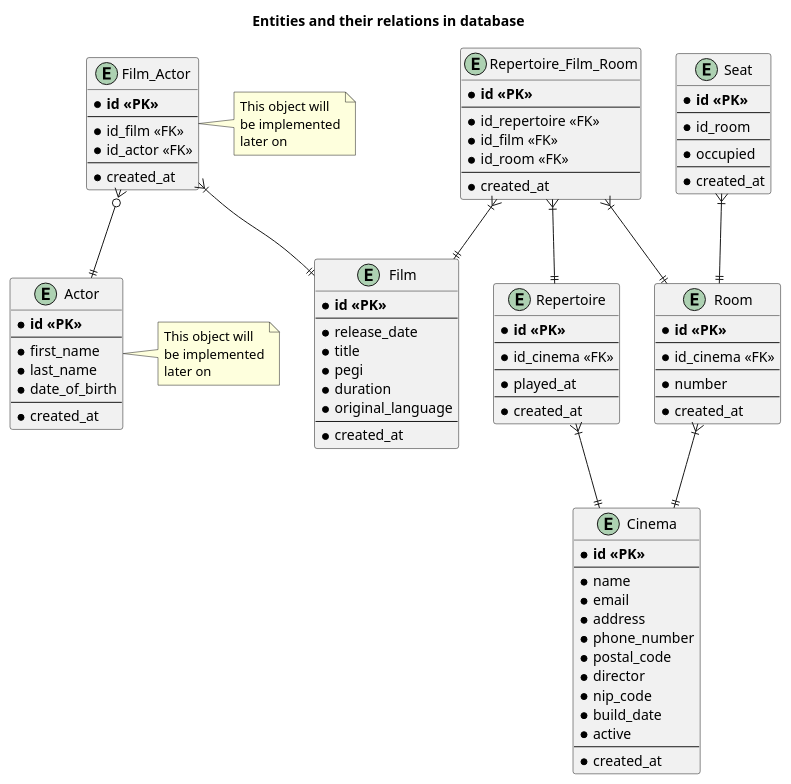
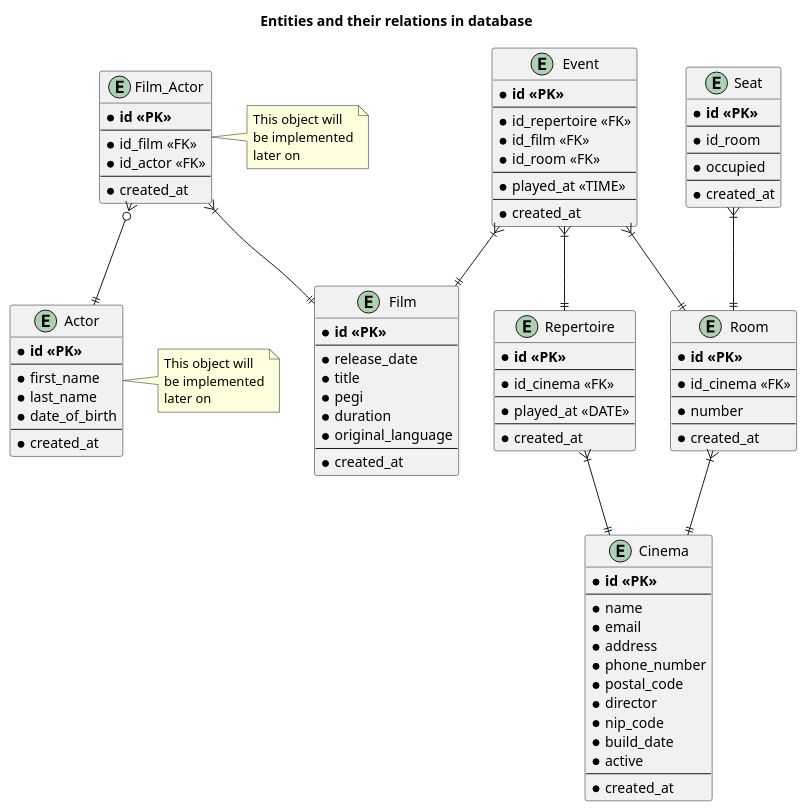
The diagram in documentation/database/db_relations.puml (Matiar15/cinema-gateway), drawn with PlantUML before and after one commit. The commit also changed 27 other files, not shown here.

```diff
--- a/documentation/database/db_relations.puml
+++ b/documentation/database/db_relations.puml
@@ -1,97 +1,99 @@
 @startuml
 title Entities and their relations in database
 
 entity Cinema {
     * **id <<PK>>**
     --
     * name
     * email
     * address
     * phone_number
     * postal_code
     * director
     * nip_code
     * build_date
     * active
     --
     * created_at
 }
 
 entity Repertoire {
     * **id <<PK>>**
     --
     * id_cinema <<FK>>
     --
-    * played_at
+    * played_at <<DATE>>
     --
     * created_at
 }
 
 entity Film {
     * **id <<PK>>**
     --
     * release_date
     * title
     * pegi
     * duration
     * original_language
     --
     * created_at
 }
 
-entity Repertoire_Film_Room {
+entity Event {
     * **id <<PK>>**
     --
     * id_repertoire <<FK>>
     * id_film <<FK>>
     * id_room <<FK>>
+    --
+    * played_at <<TIME>>
     --
     * created_at
 }
 entity Room {
     * **id <<PK>>**
     --
     * id_cinema <<FK>>
     --
     * number
     --
     * created_at
 }
 entity Seat {
     * **id <<PK>>**
     --
     * id_room
     --
     * occupied
     --
     * created_at
 }
 
 entity Film_Actor {
     * **id <<PK>>**
     --
     * id_film <<FK>>
     * id_actor <<FK>>
     --
     * created_at
 }
 note right: This object will\nbe implemented\nlater on
 entity Actor {
     * **id <<PK>>**
     --
     * first_name
     * last_name
     * date_of_birth
     --
     * created_at
 }
 note right: This object will\nbe implemented\nlater on
 Repertoire      }|--|| Cinema
-Repertoire_Film_Room }|--|| Film
-Repertoire_Film_Room }|--|| Repertoire
-Repertoire_Film_Room }|--|| Room
+Event }|--|| Film
+Event }|--|| Repertoire
+Event }|--|| Room
 Seat            }|--|| Room
 Film_Actor      }|--|| Film
 Film_Actor      }o--|| Actor
 Room            }|--|| Cinema
 @enduml
```
